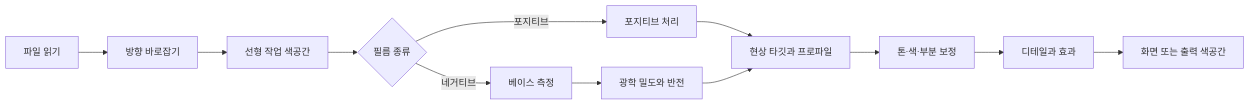
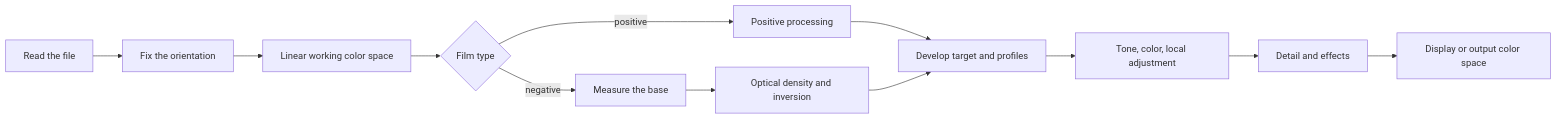
Before and after one commit to habinsong/negaflow: the diagram in docs/product/CHROMA_ENGINE.md, drawn with Mermaid. The commit also changed other lines of this file and 119 other files, not shown here.

````diff
--- a/docs/product/CHROMA_ENGINE.md
+++ b/docs/product/CHROMA_ENGINE.md
@@ -29,14 +30,14 @@
 ```mermaid
 flowchart LR
-    A["파일 읽기"] --> B["방향 바로잡기"]
-    B --> C["선형 작업 색공간"]
-    C --> D{"필름 종류"}
-    D -->|포지티브| E["포지티브 처리"]
-    D -->|네거티브| F["베이스 측정"]
-    F --> G["광학 밀도와 반전"]
-    E --> H["현상 타깃과 프로파일"]
+    A["Read the file"] --> B["Fix the orientation"]
+    B --> C["Linear working color space"]
+    C --> D{"Film type"}
+    D -->|positive| E["Positive processing"]
+    D -->|negative| F["Measure the base"]
+    F --> G["Optical density and inversion"]
+    E --> H["Develop target and profiles"]
     G --> H
-    H --> I["톤·색·부분 보정"]
-    I --> J["디테일과 효과"]
-    J --> K["화면 또는 출력 색공간"]
+    H --> I["Tone, color, local adjustment"]
+    I --> J["Detail and effects"]
+    J --> K["Display or output color space"]
 ```
````
